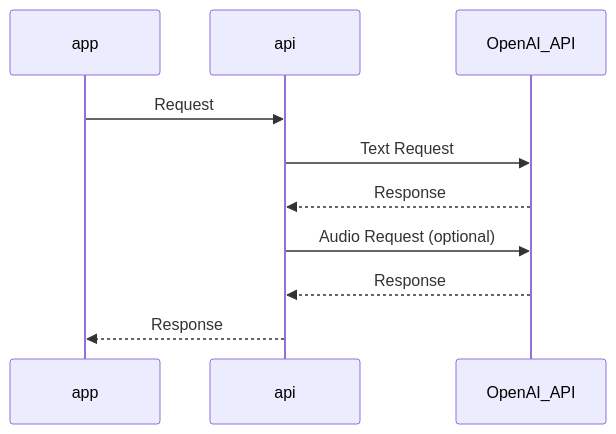
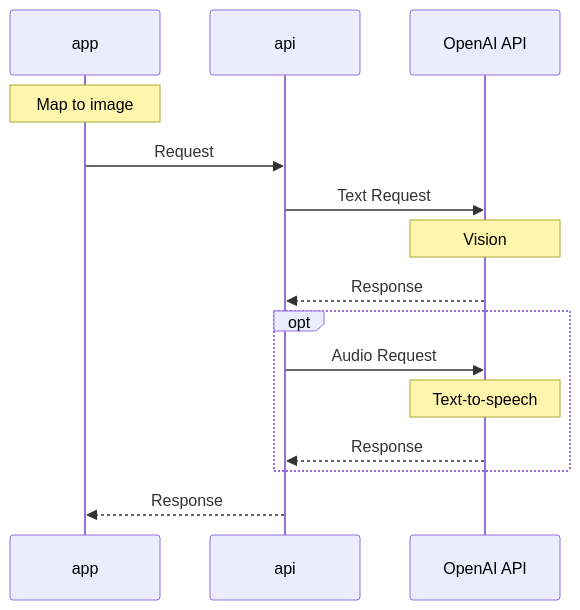
One commit to sparkgeo/map-to-speech-demo changed the diagram in README.md. Above: the diagram before and after it, drawn with Mermaid.

````diff
--- a/README.md
+++ b/README.md
@@ -4,13 +4,18 @@
 ```mermaid
 sequenceDiagram
     participant app
     participant api
-    participant OpenAI_API
+    participant OpenAI_API as OpenAI API
 
+    Note over app: Map to image
     app->>api: Request
     api->>OpenAI_API: Text Request
+    Note over OpenAI_API: Vision
     OpenAI_API-->>api: Response
-    api->>OpenAI_API: Audio Request (optional)
-    OpenAI_API-->>api: Response
+    opt
+        api->>OpenAI_API: Audio Request
+        Note over OpenAI_API: Text-to-speech
+        OpenAI_API-->>api: Response
+    end
     api-->>app: Response
 ```
````
